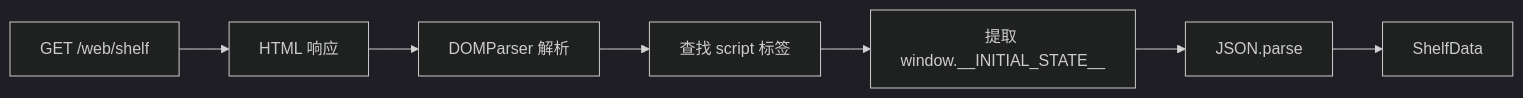
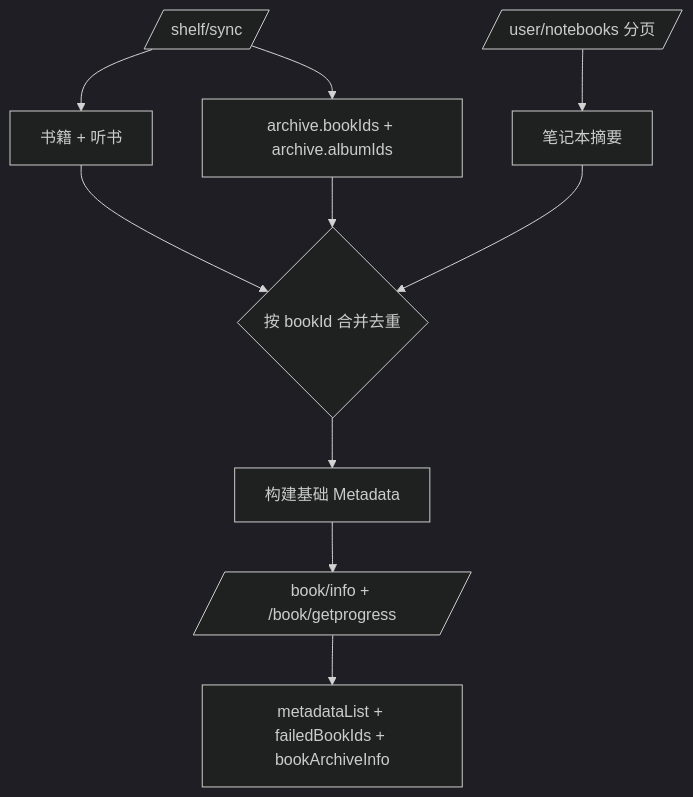
The third of 6 diagrams in docs/weread-data-flow.md (LastKnightCoder/editor), drawn with Mermaid (dark theme) before and after one commit. The commit also changed other lines of this file, not shown here.

````diff
--- a/docs/weread-data-flow.md
+++ b/docs/weread-data-flow.md
@@ -223,9 +228,12 @@
 ```mermaid
-flowchart LR
-    A[GET /web/shelf] --> B[HTML 响应]
-    B --> C[DOMParser 解析]
-    C --> D[查找 script 标签]
-    D --> E[提取 window.__INITIAL_STATE__]
-    E --> F[JSON.parse]
-    F --> G[ShelfData]
+flowchart TD
+    Shelf[/shelf/sync/] --> ShelfBooks[书籍 + 听书]
+    Shelf --> Archives[archive.bookIds + archive.albumIds]
+    Notes[/user/notebooks 分页/] --> NoteBooks[笔记本摘要]
+    ShelfBooks --> Union{按 bookId 合并去重}
+    Archives --> Union
+    NoteBooks --> Union
+    Union --> Base[构建基础 Metadata]
+    Base --> Enrich[/book/info + /book/getprogress/]
+    Enrich --> Result[metadataList + failedBookIds + bookArchiveInfo]
 ```
````
